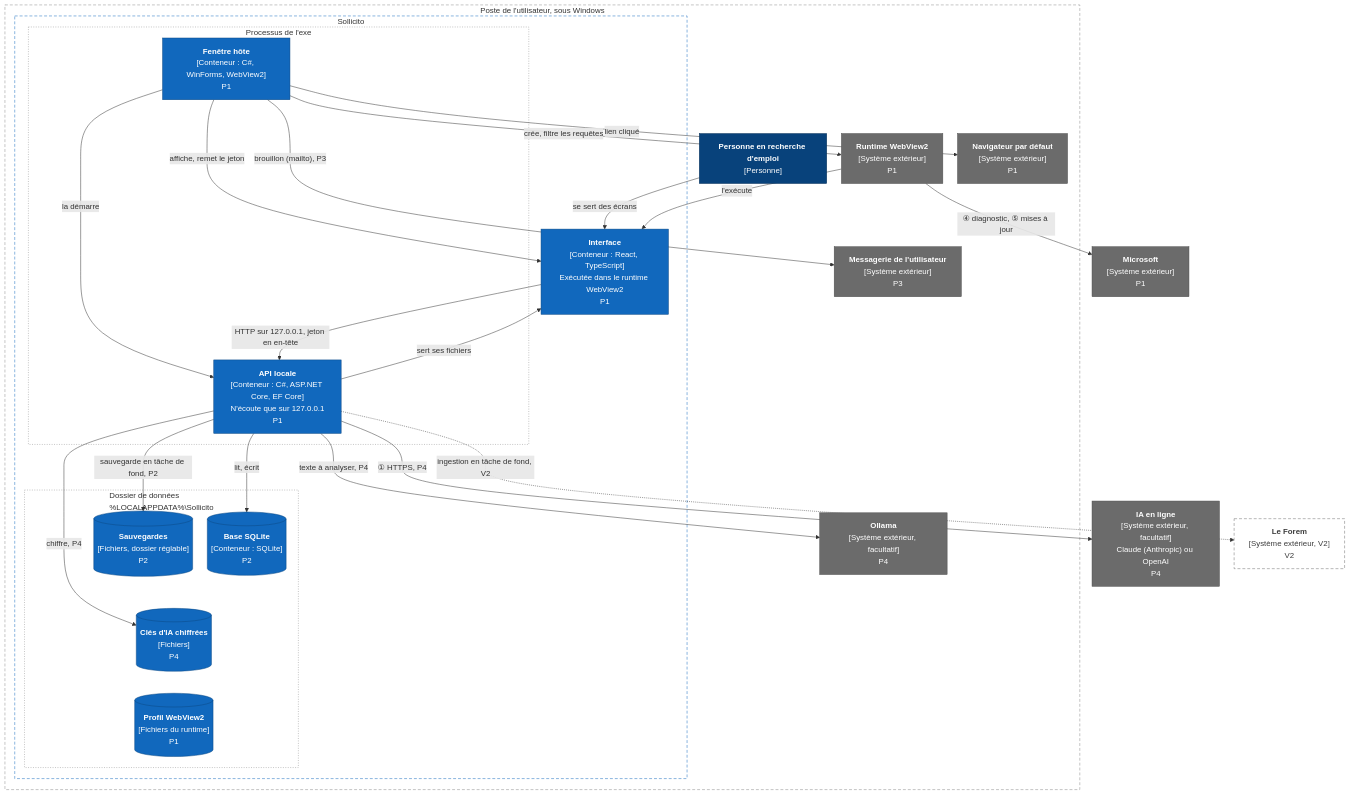
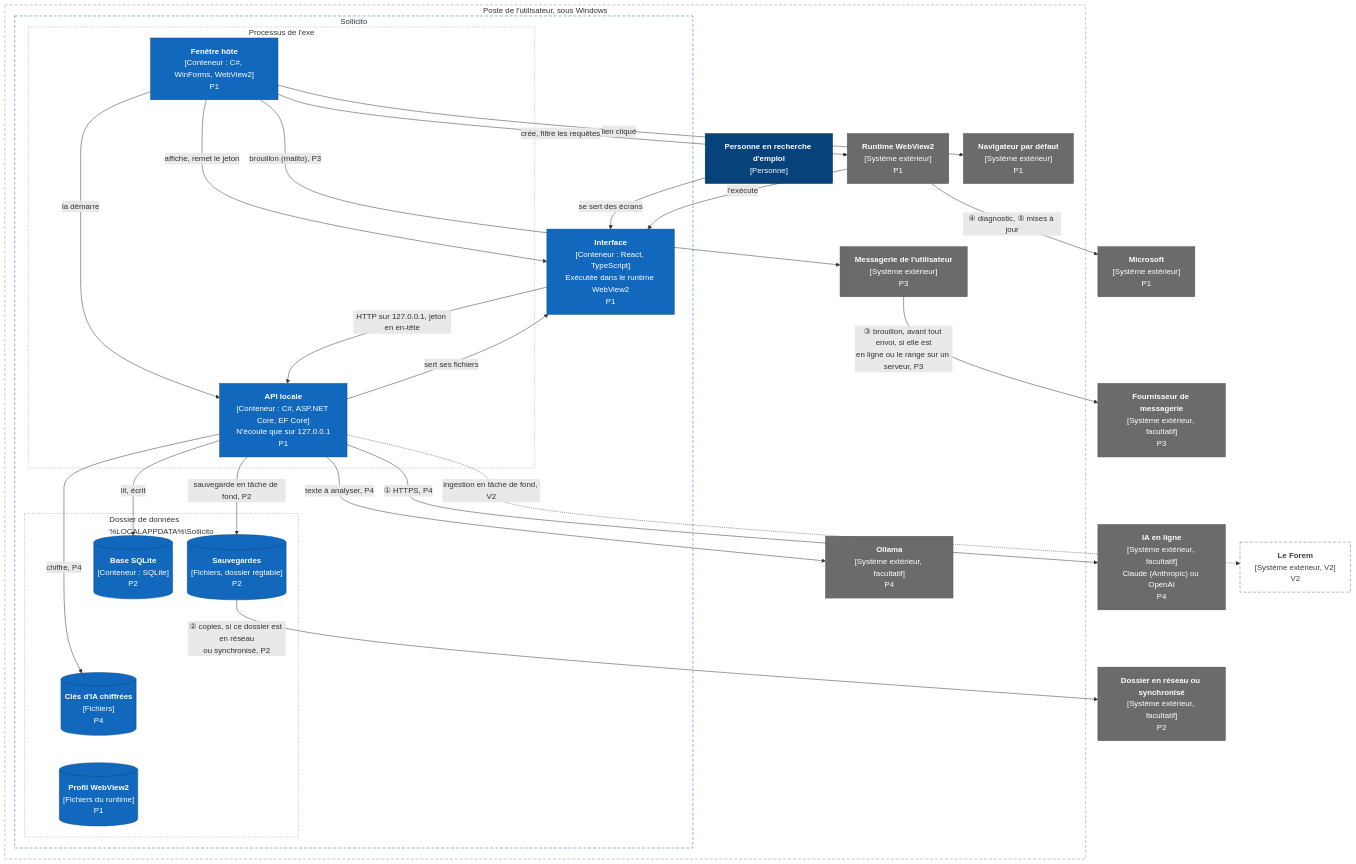
One commit to moonn1000/sollicito changed the second of 2 diagrams in docs/vues-d-architecture.md. Above: the diagram before and after it, drawn with Mermaid. The commit also changed other lines of this file and 38 other files, not shown here.

````diff
--- a/docs/vues-d-architecture.md
+++ b/docs/vues-d-architecture.md
@@ -88,65 +88,69 @@
 ```mermaid
 ---
 config:
   flowchart:
     nodeSpacing: 30
     rankSpacing: 45
 ---
 flowchart TB
     subgraph poste["Poste de l'utilisateur, sous Windows"]
         personne["<b>Personne en recherche d'emploi</b><br>[Personne]"]
         subgraph sollicito["Sollicito"]
             interface["<b>Interface</b><br>[Conteneur : React, TypeScript]<br>Exécutée dans le runtime WebView2<br>P1"]
             subgraph processus["Processus de l'exe"]
                 fenetre["<b>Fenêtre hôte</b><br>[Conteneur : C#, WinForms, WebView2]<br>P1"]
                 api["<b>API locale</b><br>[Conteneur : C#, ASP.NET Core, EF Core]<br>N'écoute que sur 127.0.0.1<br>P1"]
             end
             subgraph donnees["Dossier de données<br>%LOCALAPPDATA%\Sollicito"]
                 base[("<b>Base SQLite</b><br>[Conteneur : SQLite]<br>P2")]
                 cles[("<b>Clés d'IA chiffrées</b><br>[Fichiers]<br>P4")]
                 profil[("<b>Profil WebView2</b><br>[Fichiers du runtime]<br>P1")]
                 sauvegardes[("<b>Sauvegardes</b><br>[Fichiers, dossier réglable]<br>P2")]
             end
         end
         runtime["<b>Runtime WebView2</b><br>[Système extérieur]<br>P1"]
         navigateur["<b>Navigateur par défaut</b><br>[Système extérieur]<br>P1"]
         messagerie["<b>Messagerie de l'utilisateur</b><br>[Système extérieur]<br>P3"]
         ollama["<b>Ollama</b><br>[Système extérieur, facultatif]<br>P4"]
     end
 
     ia["<b>IA en ligne</b><br>[Système extérieur, facultatif]<br>Claude (Anthropic) ou OpenAI<br>P4"]
     microsoft["<b>Microsoft</b><br>[Système extérieur]<br>P1"]
+    distant["<b>Dossier en réseau ou synchronisé</b><br>[Système extérieur, facultatif]<br>P2"]
+    fournisseur["<b>Fournisseur de messagerie</b><br>[Système extérieur, facultatif]<br>P3"]
     forem["<b>Le Forem</b><br>[Système extérieur, V2]<br>V2"]
 
     personne -- "se sert des écrans" --> interface
     fenetre -- "la démarre" --> api
     fenetre -- "affiche, remet le jeton" --> interface
     interface -- "HTTP sur 127.0.0.1, jeton en en-tête" --> api
     api -- "sert ses fichiers" --> interface
     fenetre -- "crée, filtre les requêtes" --> runtime
     runtime -- "l'exécute" --> interface
     api -- "lit, écrit" --> base
     api -- "chiffre, P4" --> cles
     api -- "sauvegarde en tâche de fond, P2" --> sauvegardes
     fenetre -- "lien cliqué" --> navigateur
     fenetre -- "brouillon (mailto), P3" --> messagerie
     api -- "texte à analyser, P4" --> ollama
     api -- "① HTTPS, P4" --> ia
+    sauvegardes -- "② copies, si ce dossier est en réseau<br>ou synchronisé, P2" --> distant
+    messagerie -- "③ brouillon, avant tout envoi, si elle est<br>en ligne ou le range sur un serveur, P3" --> fournisseur
     runtime -- "④ diagnostic, ⑤ mises à jour" --> microsoft
     api -. "ingestion en tâche de fond, V2" .-> forem
     base ~~~ cles ~~~ profil
     navigateur ~~~ messagerie
 
     classDef personne fill:#08427b,stroke:#052e56,color:#ffffff
     classDef conteneur fill:#1168bd,stroke:#0b4884,color:#ffffff
     classDef exterieur fill:#6b6b6b,stroke:#4d4d4d,color:#ffffff
     classDef v2 fill:#ffffff,stroke:#6b6b6b,color:#3d3d3d,stroke-dasharray:6 4
     class personne personne
     class fenetre,api,interface,base,profil,cles,sauvegardes conteneur
-    class runtime,navigateur,messagerie,ollama,ia,microsoft exterieur
+    class runtime,navigateur,messagerie,ollama,ia,microsoft,distant,fournisseur exterieur
     class forem v2
     style poste fill:none,stroke:#888888,stroke-dasharray:6 4
     style sollicito fill:none,stroke:#1168bd,stroke-dasharray:6 4
     style processus fill:none,stroke:#888888,stroke-dasharray:2 3
     style donnees fill:none,stroke:#888888,stroke-dasharray:2 3
 ```
````
